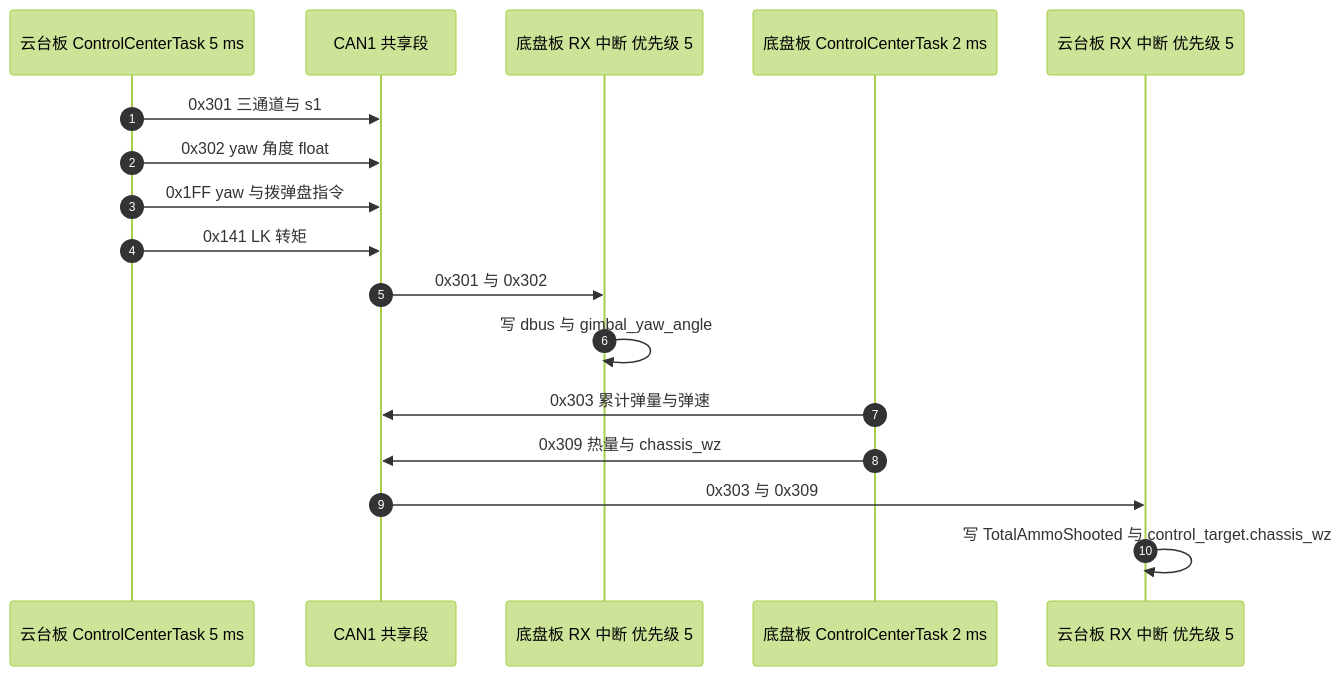
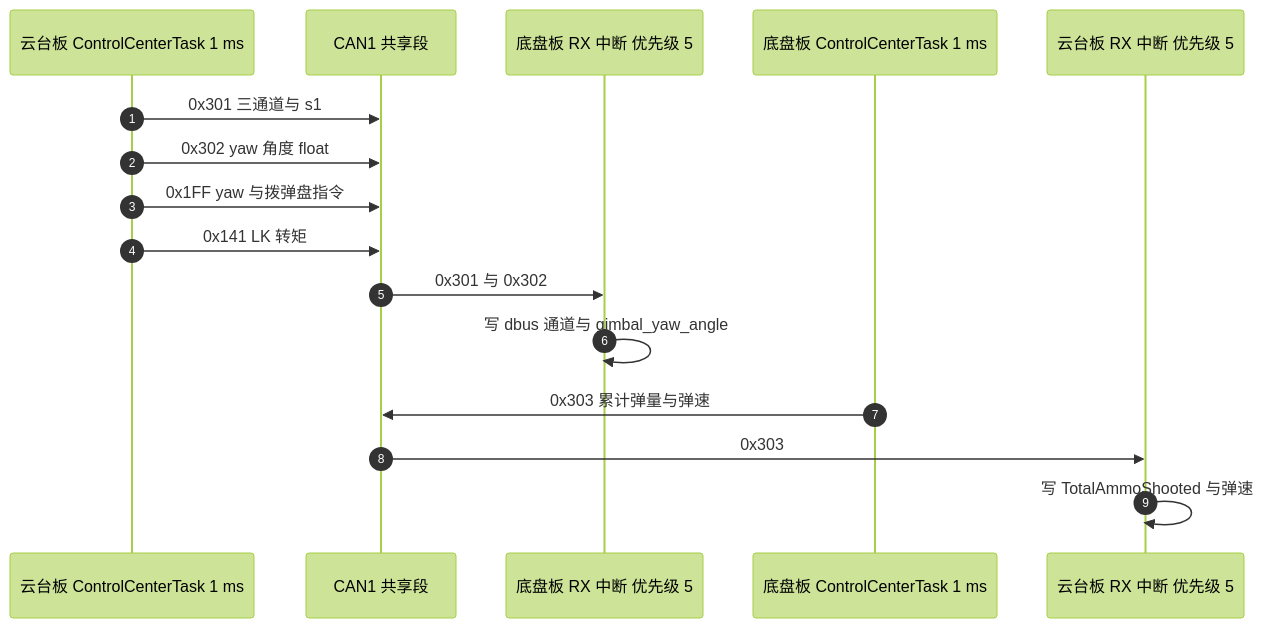
The second of 2 diagrams in docs/03-CAN 与电机/05-拓扑与波特率/01-上下板CAN拓扑.md (TC635807/TC63PersonalWebsite), drawn with Mermaid (forest theme) before and after one commit. The commit also changed other lines of this file and 728 other files, not shown here.

````diff
--- a/docs/03-CAN 与电机/05-拓扑与波特率/01-上下板CAN拓扑.md
+++ b/docs/03-CAN 与电机/05-拓扑与波特率/01-上下板CAN拓扑.md
@@ -119,19 +125,18 @@
 ```mermaid
 sequenceDiagram
   autonumber
-  participant GT as 云台板 ControlCenterTask 5 ms
+  participant GT as 云台板 ControlCenterTask 1 ms
   participant BUS as CAN1 共享段
   participant CB as 底盘板 RX 中断 优先级 5
-  participant CH as 底盘板 ControlCenterTask 2 ms
+  participant CH as 底盘板 ControlCenterTask 1 ms
   participant GB as 云台板 RX 中断 优先级 5
   GT->>BUS: 0x301 三通道与 s1
   GT->>BUS: 0x302 yaw 角度 float
   GT->>BUS: 0x1FF yaw 与拨弹盘指令
   GT->>BUS: 0x141 LK 转矩
   BUS->>CB: 0x301 与 0x302
-  CB->>CB: 写 dbus 与 gimbal_yaw_angle
+  CB->>CB: 写 dbus 通道与 gimbal_yaw_angle
   CH->>BUS: 0x303 累计弹量与弹速
-  CH->>BUS: 0x309 热量与 chassis_wz
-  BUS->>GB: 0x303 与 0x309
-  GB->>GB: 写 TotalAmmoShooted 与 control_target.chassis_wz
+  BUS->>GB: 0x303
+  GB->>GB: 写 TotalAmmoShooted 与弹速
 ```
````
